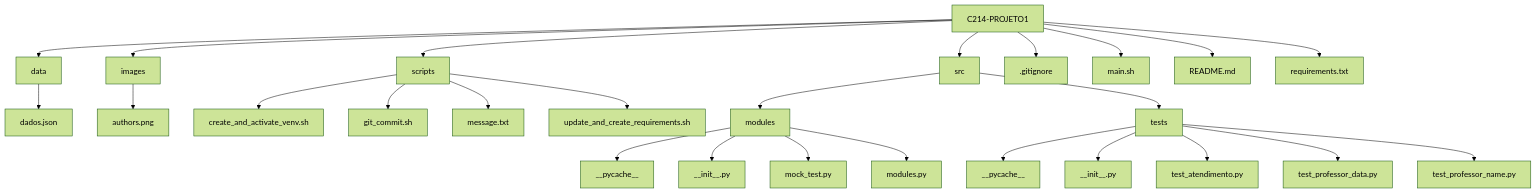
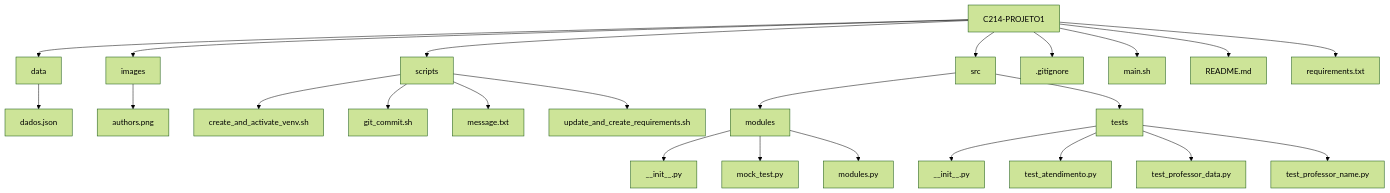
Before and after one commit to matheusAFONSECA/C214-projeto1: the diagram in README.md, drawn with Mermaid (forest theme).

Commit message:
feat(project): update ReadMe.md
Updating ReadMe.md to
explains how to run the
project and the
codes/folders presents
on the project.

````diff
--- a/README.md
+++ b/README.md
@@ -13,34 +13,32 @@
 ```mermaid
 graph TD;
     A[C214-PROJETO1] --> B[data]
     A --> C[images]
     A --> D[scripts]
     A --> E[src]
     A --> F[.gitignore]
     A --> G[main.sh]
     A --> H[README.md]
     A --> I[requirements.txt]
 
     B --> J[dados.json]
 
     C --> K[authors.png]
 
     D --> L[create_and_activate_venv.sh]
     D --> M[git_commit.sh]
     D --> N[message.txt]
     D --> O[update_and_create_requirements.sh]
 
     E --> P[modules]
     E --> Q[tests]
 
-    P --> R[__pycache__]
     P --> S[__init__.py]
     P --> T[mock_test.py]
     P --> U[modules.py]
 
-    Q --> V[__pycache__]
     Q --> W[__init__.py]
     Q --> X[test_atendimento.py]
     Q --> Y[test_professor_data.py]
     Q --> Z[test_professor_name.py]
 ```
````
